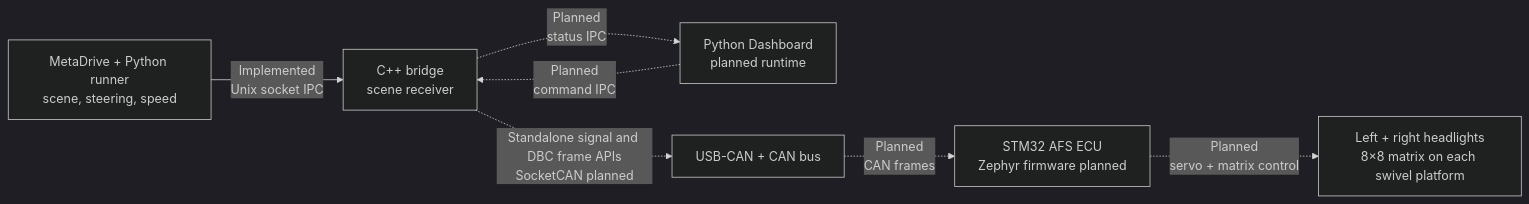
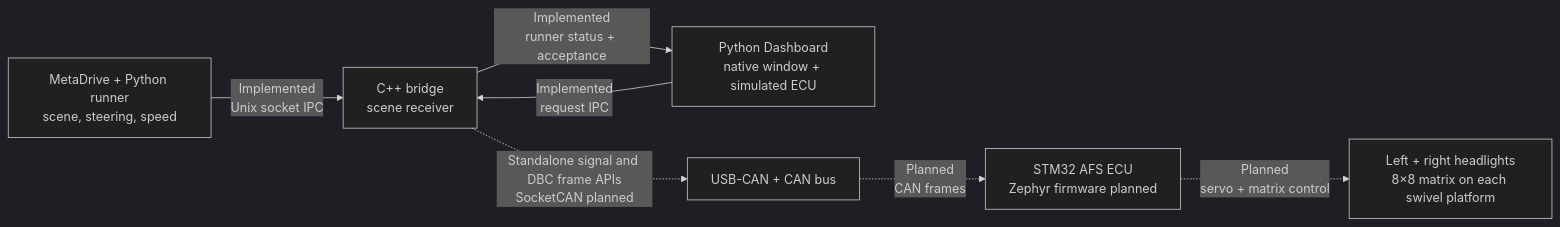
One commit to namtruonghoang1909/Adaptive-Frontlighting-System changed the diagram in README.md. Above: the diagram before and after it, drawn with Mermaid (dark theme). The commit also changed other lines of this file and 17 other files, not shown here.

Commit message:
feat(dashboard): add native car-style window

````diff
--- a/README.md
+++ b/README.md
@@ -9,9 +9,9 @@
 ```mermaid
 flowchart LR
     SIM["MetaDrive + Python runner<br/>scene, steering, speed"] -->|"Implemented<br/>Unix socket IPC"| BRIDGE["C++ bridge<br/>scene receiver"]
-    DASH["Python Dashboard<br/>planned runtime"] -.->|"Planned<br/>command IPC"| BRIDGE
-    BRIDGE -.->|"Planned<br/>status IPC"| DASH
+    DASH["Python Dashboard<br/>native window + simulated ECU"] -->|"Implemented<br/>request IPC"| BRIDGE
+    BRIDGE -->|"Implemented<br/>runner status + acceptance"| DASH
     BRIDGE -.->|"Standalone signal and DBC frame APIs<br/>SocketCAN planned"| BUS["USB-CAN + CAN bus"]
     BUS -.->|"Planned<br/>CAN frames"| ECU["STM32 AFS ECU<br/>Zephyr firmware planned"]
     ECU -.->|"Planned<br/>servo + matrix control"| LAMPS["Left + right headlights<br/>8×8 matrix on each swivel platform"]
 ```
````
